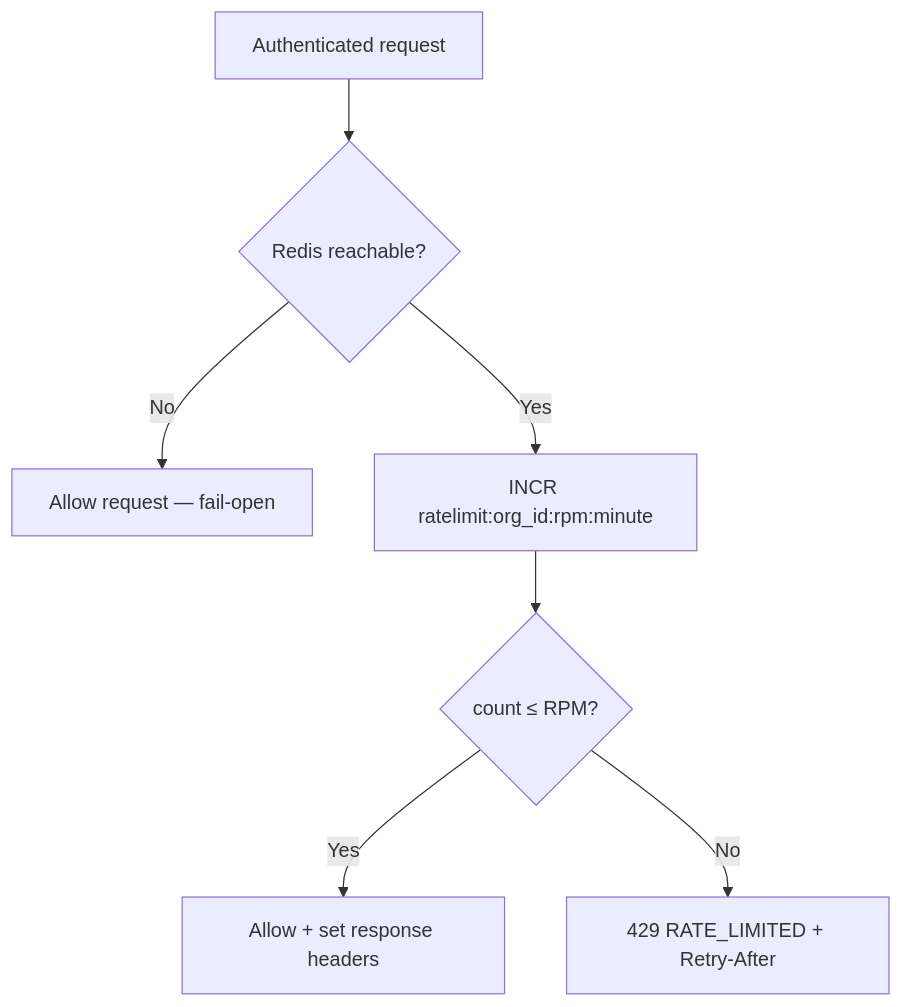
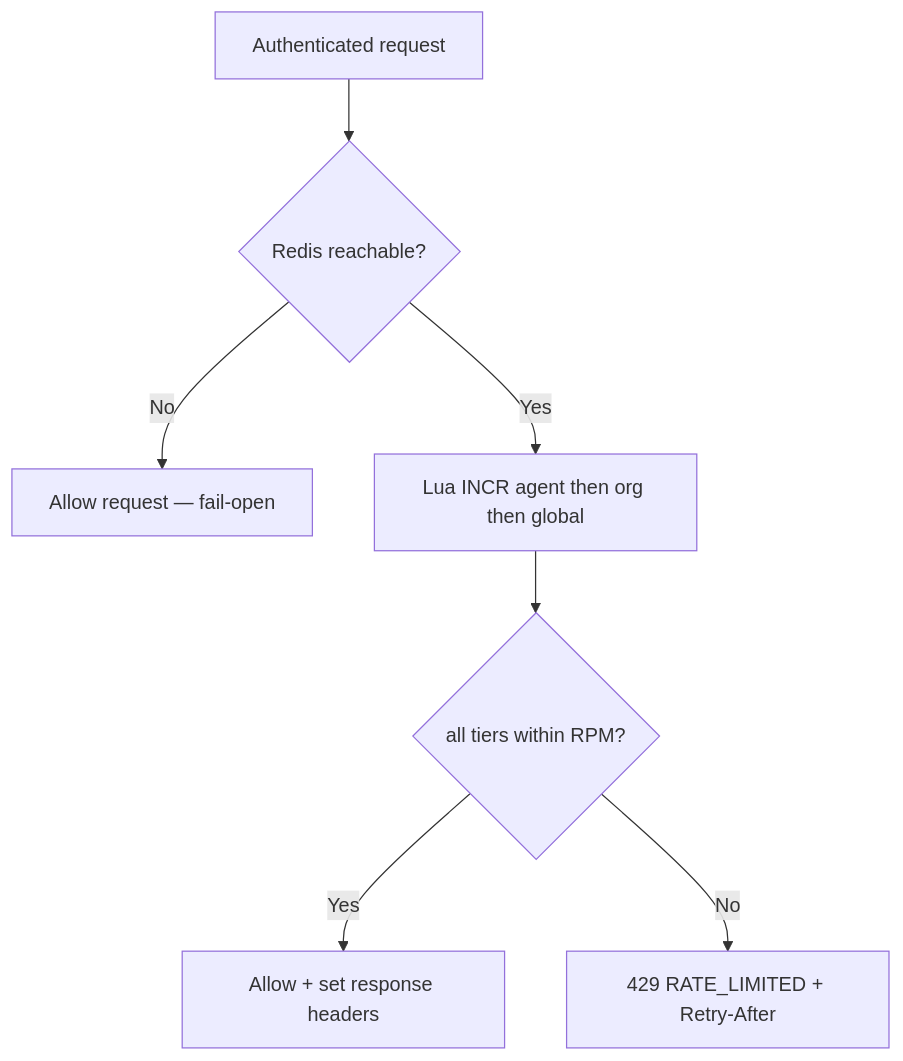
One commit to Rick1330/ibex-harness changed the diagram in web/content/docs/proxy/rate-limiting.mdx. Above: the diagram before and after it, drawn with Mermaid. The commit also changed other lines of this file and 19 other files, not shown here.

First line of the commit message:
feat(proxy): atomic Lua hierarchical rate limiter agent→org→global (m4.B.1) (#805)

````diff
--- a/web/content/docs/proxy/rate-limiting.mdx
+++ b/web/content/docs/proxy/rate-limiting.mdx
@@ -16,9 +16,9 @@
 ```mermaid
 flowchart TD
   A[Authenticated request] --> B{Redis reachable?}
   B -->|No| C[Allow request — fail-open]
-  B -->|Yes| D[INCR ratelimit:org_id:rpm:minute]
-  D --> E{count ≤ RPM?}
+  B -->|Yes| D[Lua INCR agent then org then global]
+  D --> E{all tiers within RPM?}
   E -->|Yes| F[Allow + set response headers]
   E -->|No| G[429 RATE_LIMITED + Retry-After]
 ```
````
